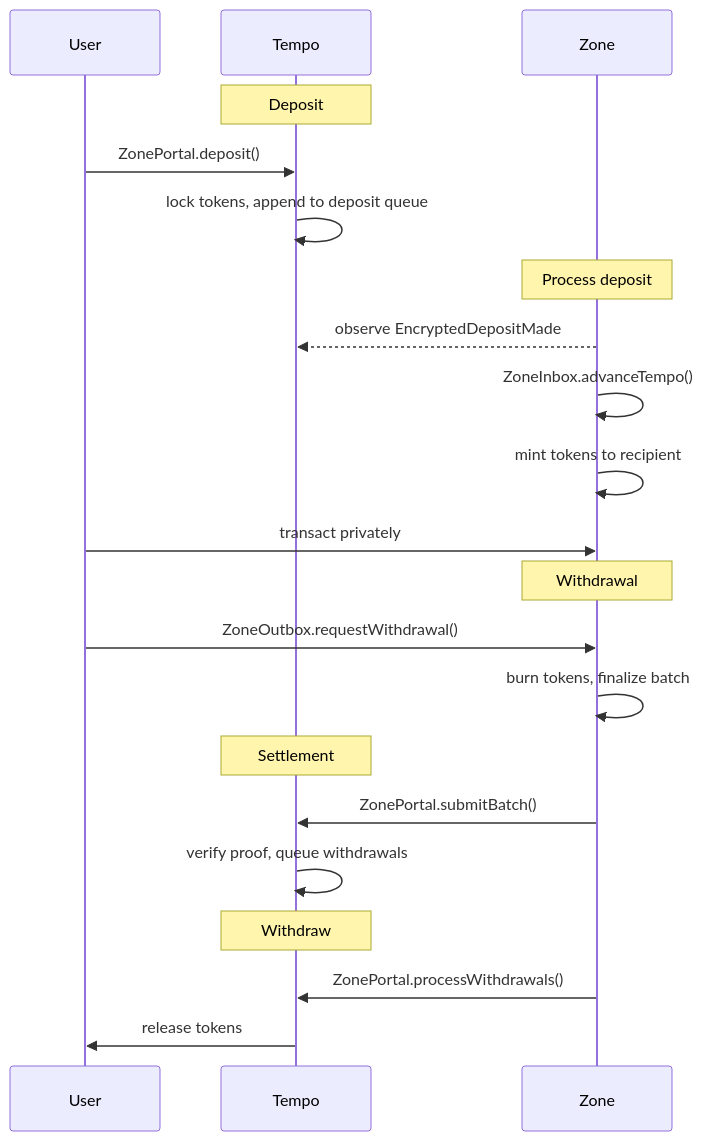
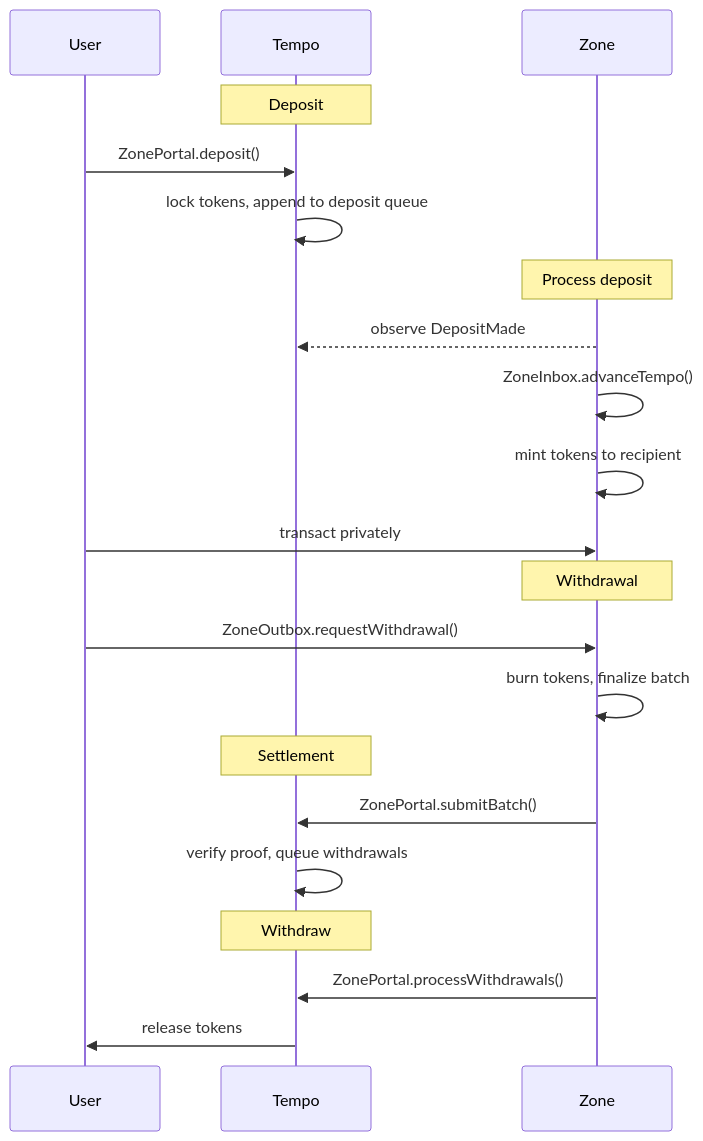
One commit to tempoxyz/zones changed the first of 5 diagrams in specs/spec.md. Above: the diagram before and after it, drawn with Mermaid. The commit also changed other lines of this file and 54 other files, not shown here.

````diff
--- a/specs/spec.md
+++ b/specs/spec.md
@@ -138,29 +138,29 @@
 ```mermaid
 sequenceDiagram
     participant U as User
     participant T as Tempo
     participant Z as Zone
 
     Note over T: Deposit
     U->>T: ZonePortal.deposit()
     T->>T: lock tokens, append to deposit queue
 
     Note over Z: Process deposit
-    Z-->>T: observe EncryptedDepositMade
+    Z-->>T: observe DepositMade
     Z->>Z: ZoneInbox.advanceTempo()
     Z->>Z: mint tokens to recipient
 
     U->>Z: transact privately
 
     Note over Z: Withdrawal
     U->>Z: ZoneOutbox.requestWithdrawal()
     Z->>Z: burn tokens, finalize batch
 
     Note over T: Settlement
     Z->>T: ZonePortal.submitBatch()
     T->>T: verify proof, queue withdrawals
 
     Note over T: Withdraw
     Z->>T: ZonePortal.processWithdrawals()
     T->>U: release tokens
 ```
````
